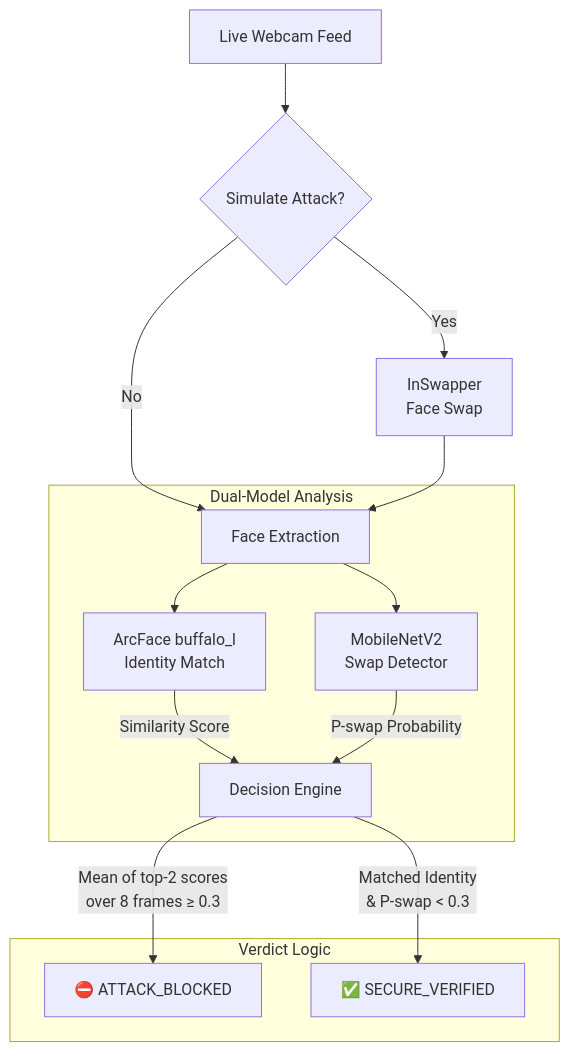
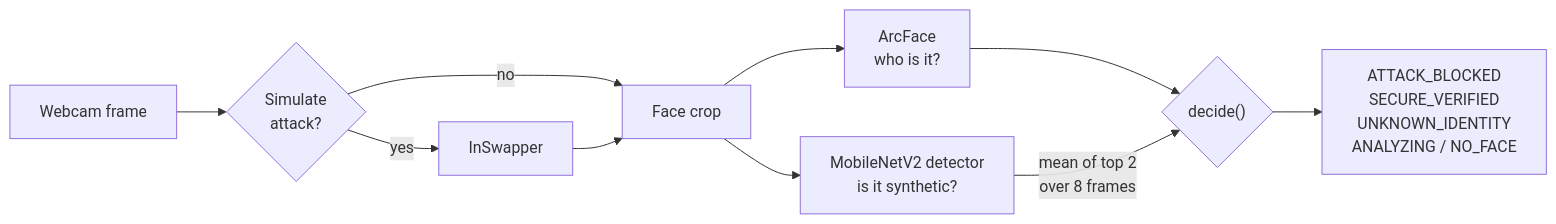
One commit to NotArsal/DL-Adverserial changed the diagram in README.md. Above: the diagram before and after it, drawn with Mermaid. The commit also changed other lines of this file and 6 other files, not shown here.

````diff
--- a/README.md
+++ b/README.md
@@ -9,20 +15,12 @@
 ```mermaid
-flowchart TD
-    Camera[Live Webcam Feed] --> AttackToggle{Simulate Attack?}
-    AttackToggle -- Yes --> InSwapper[InSwapper<br>Face Swap]
-    AttackToggle -- No --> FaceCrop
-    InSwapper --> FaceCrop[Face Extraction]
-
-    subgraph Dual-Model Analysis
-        FaceCrop --> ArcFace[ArcFace buffalo_l<br>Identity Match]
-        FaceCrop --> MobileNet[MobileNetV2<br>Swap Detector]
-        
-        ArcFace -->|Similarity Score| DecisionLogic
-        MobileNet -->|P-swap Probability| DecisionLogic[Decision Engine]
-    end
-
-    subgraph Verdict Logic
-        DecisionLogic -->|Mean of top-2 scores<br>over 8 frames ≥ 0.3| Blocked[⛔ ATTACK_BLOCKED]
-        DecisionLogic -->|Matched Identity<br>& P-swap < 0.3| Verified[✅ SECURE_VERIFIED]
-    end
+flowchart LR
+    Cam["Webcam frame"] --> Opt{"Simulate<br/>attack?"}
+    Opt -- yes --> Swap["InSwapper"]
+    Opt -- no --> Face
+    Swap --> Face["Face crop"]
+    Face --> Arc["ArcFace<br/>who is it?"]
+    Face --> Det["MobileNetV2 detector<br/>is it synthetic?"]
+    Arc --> Dec{"decide()"}
+    Det -- "mean of top 2<br/>over 8 frames" --> Dec
+    Dec --> V["ATTACK_BLOCKED<br/>SECURE_VERIFIED<br/>UNKNOWN_IDENTITY<br/>ANALYZING / NO_FACE"]
 ```
````
